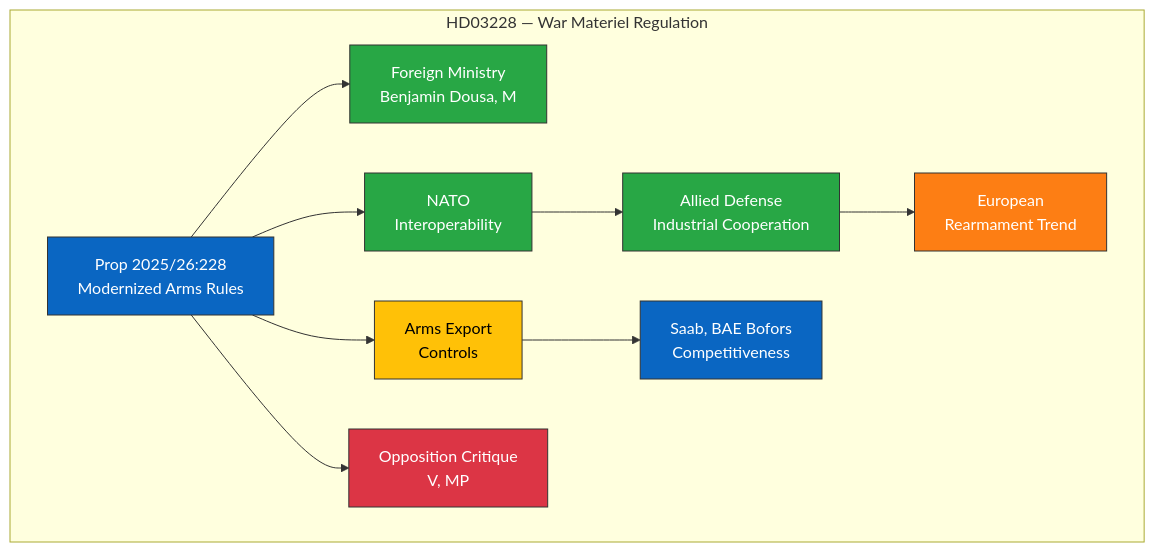
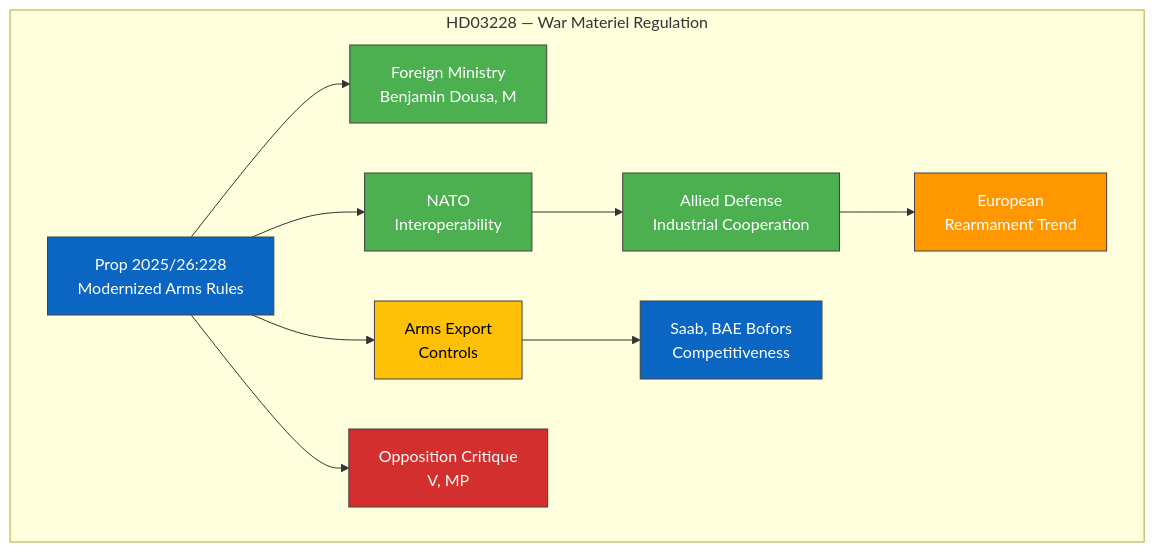
One commit to Hack23/riksdagsmonitor changed the diagram in analysis/daily/2026-04-04/realtime-1212/documents/HD03228-analysis.md. Above: the diagram before and after it, drawn with Mermaid. The commit also changed 785 other files, not shown here.

First line of the commit message:
Normalize mermaid colors across 786 analysis artifacts to ISMS Style Guide palette

````diff
--- a/analysis/daily/2026-04-04/realtime-1212/documents/HD03228-analysis.md
+++ b/analysis/daily/2026-04-04/realtime-1212/documents/HD03228-analysis.md
@@ -58,20 +58,20 @@
 ```mermaid
 graph TD
     subgraph "HD03228 — War Materiel Regulation"
         A["Prop 2025/26:228<br/>Modernized Arms Rules"] --> B["Foreign Ministry<br/>Benjamin Dousa, M"]
         A --> C["NATO<br/>Interoperability"]
         A --> D["Arms Export<br/>Controls"]
         C --> E["Allied Defense<br/>Industrial Cooperation"]
         D --> F["Saab, BAE Bofors<br/>Competitiveness"]
         A --> G["Opposition Critique<br/>V, MP"]
         E --> H["European<br/>Rearmament Trend"]
     end
-    style A fill:#0A66C2,stroke:#333,color:#fff
-    style B fill:#28a745,stroke:#333,color:#fff
-    style C fill:#28a745,stroke:#333,color:#fff
-    style D fill:#ffc107,stroke:#333,color:#000
-    style E fill:#28a745,stroke:#333,color:#fff
-    style F fill:#0A66C2,stroke:#333,color:#fff
-    style G fill:#dc3545,stroke:#333,color:#fff
-    style H fill:#fd7e14,stroke:#333,color:#fff
+    style A fill:#0A66C2,stroke:#424242,color:#FFFFFF
+    style B fill:#4CAF50,stroke:#424242,color:#FFFFFF
+    style C fill:#4CAF50,stroke:#424242,color:#FFFFFF
+    style D fill:#FFC107,stroke:#424242,color:#000000
+    style E fill:#4CAF50,stroke:#424242,color:#FFFFFF
+    style F fill:#0A66C2,stroke:#424242,color:#FFFFFF
+    style G fill:#D32F2F,stroke:#424242,color:#FFFFFF
+    style H fill:#FF9800,stroke:#424242,color:#FFFFFF
 ```
````
